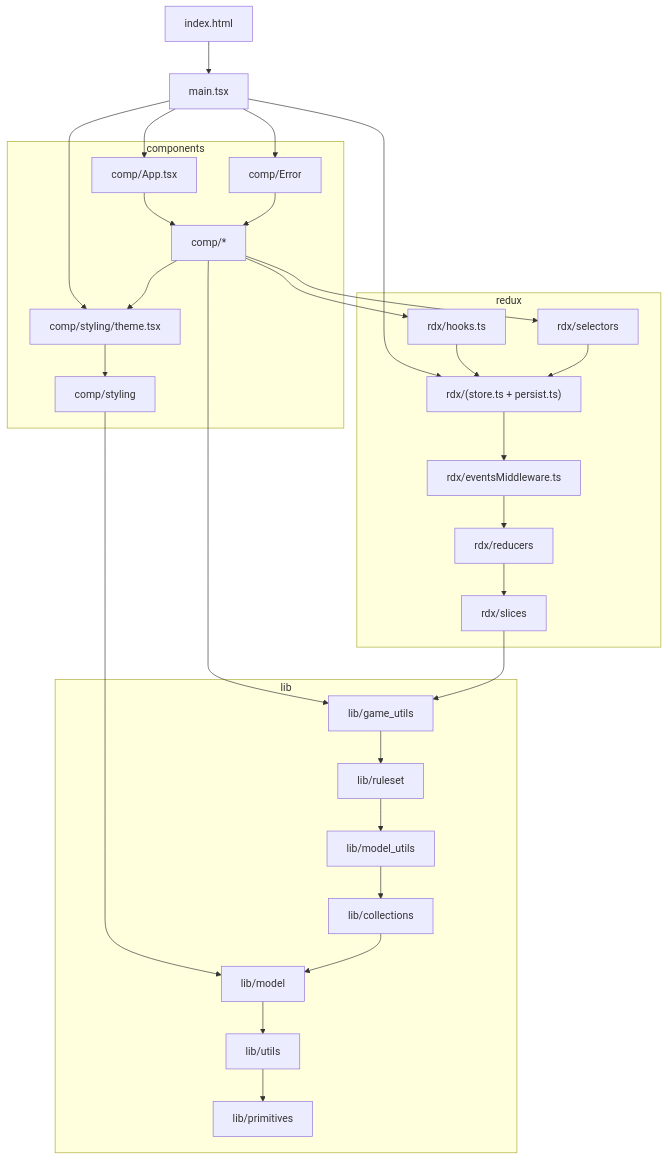
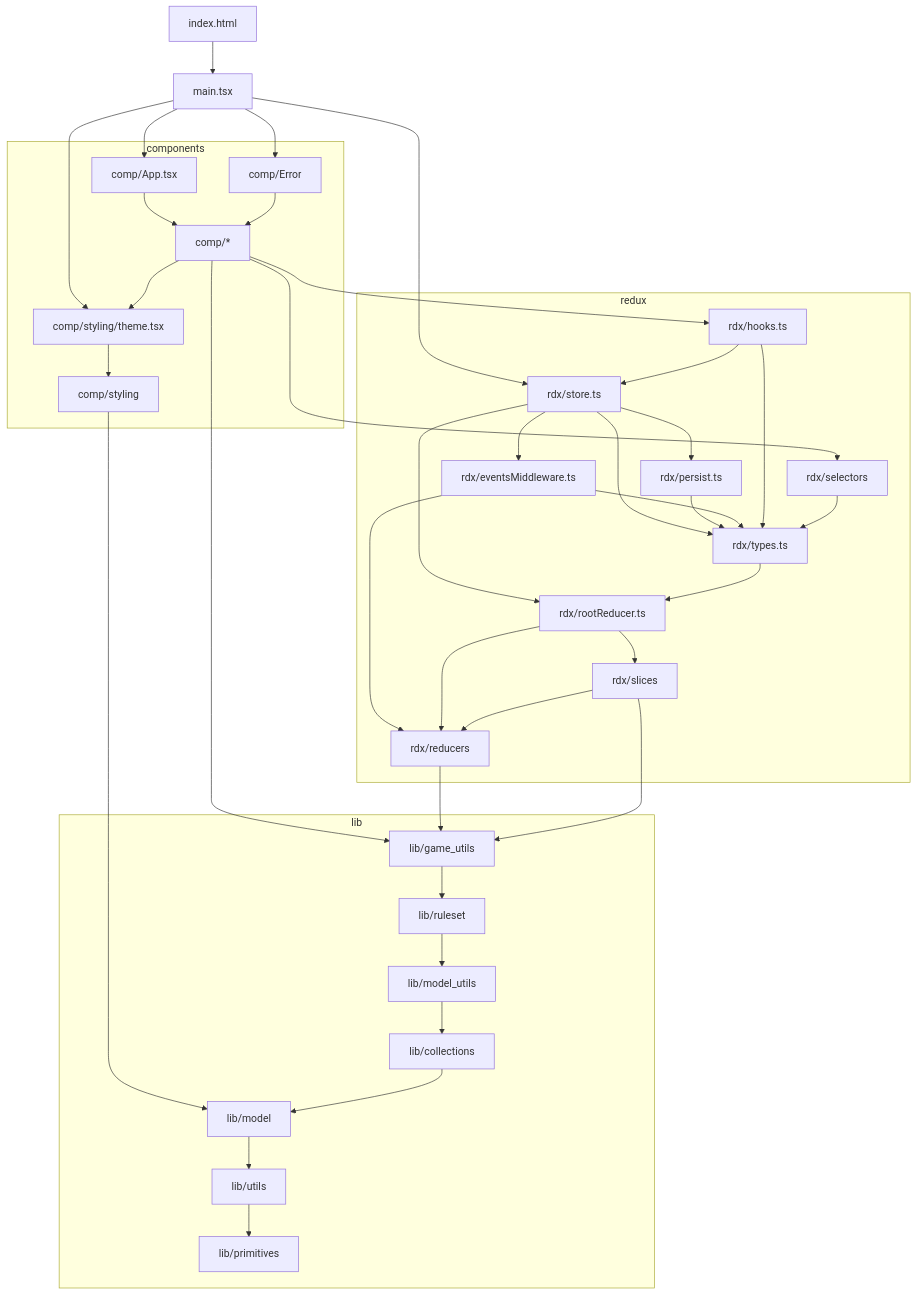
One commit to konrad-jamrozik/game-ts changed the diagram in docs/design/about_code_dependencies.md. Above: the diagram before and after it, drawn with Mermaid. The commit also changed 9 other files, not shown here.

````diff
--- a/docs/design/about_code_dependencies.md
+++ b/docs/design/about_code_dependencies.md
@@ -43,56 +43,69 @@
 ```mermaid
 graph TD
     IndexH[index.html] --> MainTs[main.tsx]
 
     subgraph components
         CompApp[comp/App.tsx]
         CompTheme[comp/styling/theme.tsx]
         CompErr[comp/Error]
         Comp__[comp/*]
         CompSt[comp/styling]
     end
 
     subgraph redux
-        RdxStr["rdx/(store.ts + persist.ts)"]
+        RdxStore[rdx/store.ts]
+        RdxPers[rdx/persist.ts]
+        RdxType[rdx/types.ts]
+        RdxRedu[rdx/rootReducer.ts]
         RdxEvt[rdx/eventsMiddleware.ts]
         RdxRed[rdx/reducers]
         RdxSli[rdx/slices]
         RdxHook[rdx/hooks.ts]
         RdxSel[rdx/selectors]
     end
 
     subgraph lib
         LibGam[lib/game_utils]
         LibRul[lib/ruleset]
         LibMUt[lib/model_utils]
         LibCol[lib/collections]
         LibMod[lib/model]
         LibUti[lib/utils]
         LibPri[lib/primitives]
     end
 
     MainTs --> CompApp
     MainTs --> CompTheme
     MainTs --> CompErr
-    MainTs --> RdxStr
+    MainTs --> RdxStore
     CompTheme --> CompSt
     CompApp --> Comp__
     CompErr --> Comp__
     Comp__ --> RdxHook
     Comp__ --> RdxSel
     Comp__ --> CompTheme
     Comp__ --> LibGam
     CompSt --> LibMod
-    RdxStr --> RdxEvt
+    RdxStore --> RdxRedu
+    RdxStore --> RdxType
+    RdxStore --> RdxEvt
+    RdxStore --> RdxPers
+    RdxPers --> RdxType
+    RdxType --> RdxRedu
+    RdxEvt --> RdxType
     RdxEvt --> RdxRed
-    RdxRed --> RdxSli
+    RdxRedu --> RdxRed
+    RdxRedu --> RdxSli
+    RdxSli --> RdxRed
+    RdxRed --> LibGam
     RdxSli --> LibGam
-    RdxHook --> RdxStr
-    RdxSel --> RdxStr
+    RdxHook --> RdxStore
+    RdxHook --> RdxType
+    RdxSel --> RdxType
     LibGam --> LibRul
     LibRul --> LibMUt
     LibMUt --> LibCol
     LibCol --> LibMod
     LibMod --> LibUti
     LibUti --> LibPri
 ```
````
